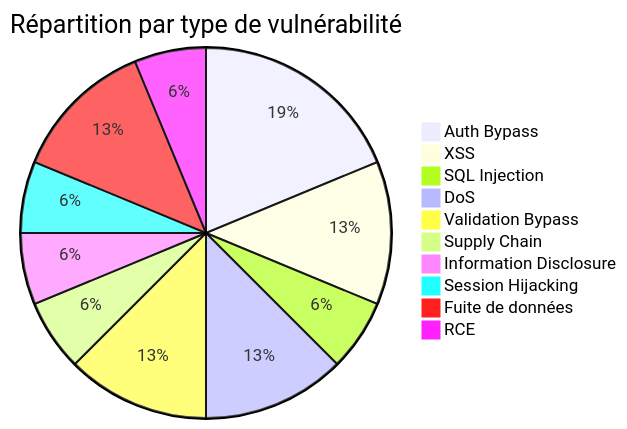
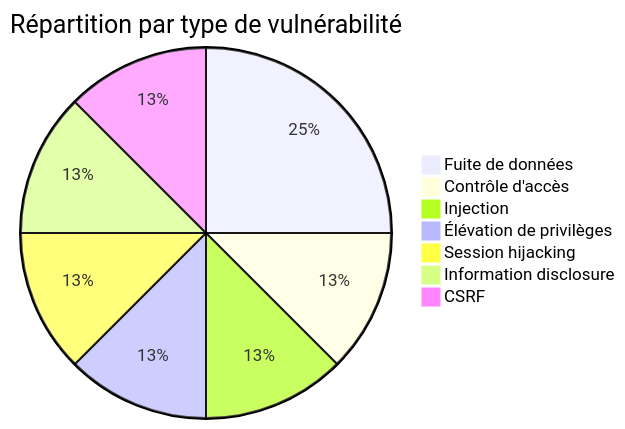
The first of 2 diagrams in documents/dossiers/dossierProjet/annexes/registre-vulnerabilites.md (Mamoru-fr/AMT-Express), drawn with Mermaid before and after one commit. The commit also changed other lines of this file and 2 other files, not shown here.

````diff
--- a/documents/dossiers/dossierProjet/annexes/registre-vulnerabilites.md
+++ b/documents/dossiers/dossierProjet/annexes/registre-vulnerabilites.md
@@ -51,14 +71,11 @@
 ```mermaid
 pie
     title Répartition par type de vulnérabilité
-    "Auth Bypass" : 3
-    "XSS" : 2
-    "SQL Injection" : 1
-    "DoS" : 2
-    "Validation Bypass" : 2
-    "Supply Chain" : 1
-    "Information Disclosure" : 1
-    "Session Hijacking" : 1
     "Fuite de données" : 2
-    "RCE" : 1
+    "Contrôle d'accès" : 1
+    "Injection" : 1
+    "Élévation de privilèges" : 1
+    "Session hijacking" : 1
+    "Information disclosure" : 1
+    "CSRF" : 1
 ```
````
